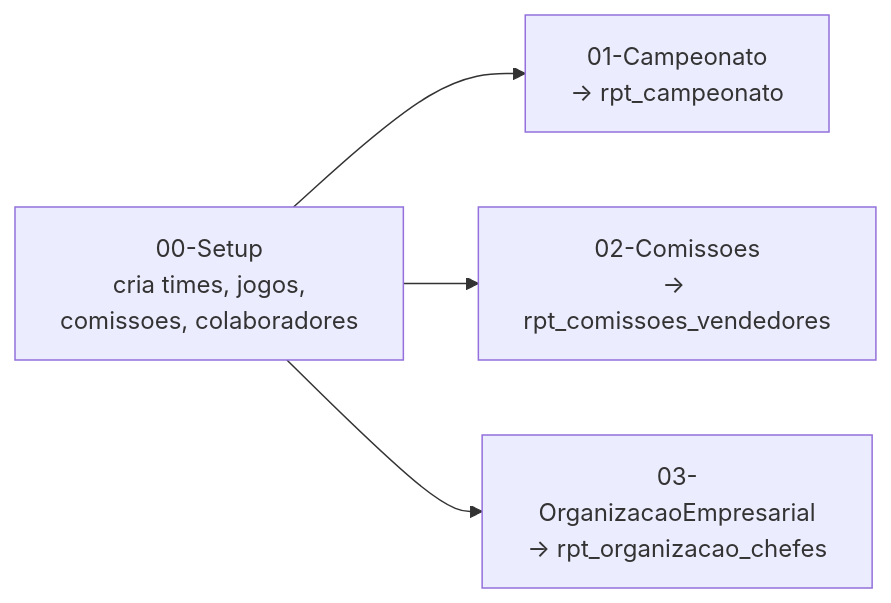
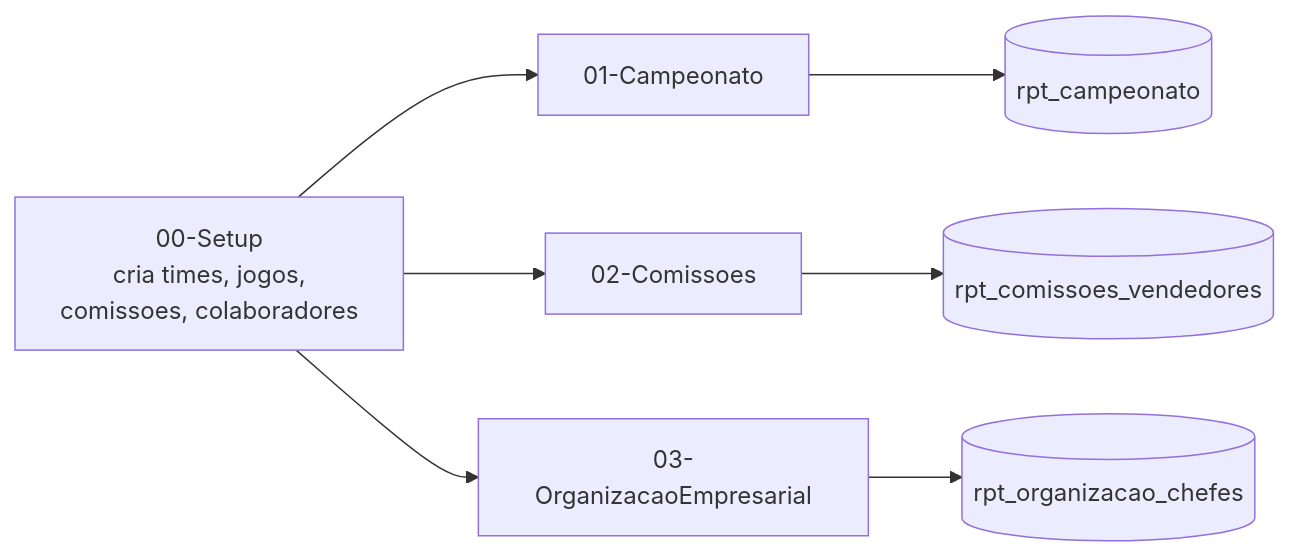
The first of 2 diagrams in README.md (techronnan/case_tire_and_wheel_shop_data_engineering_2026), drawn with Mermaid before and after one commit.

Commit message:
docs: remover seta de texto do node, usar edge real notebook -> tabela

````diff
--- a/README.md
+++ b/README.md
@@ -16,6 +16,9 @@
 ```mermaid
 flowchart LR
-    S[00-Setup<br/>cria times, jogos,<br/>comissoes, colaboradores] --> C1[01-Campeonato<br/>→ rpt_campeonato]
-    S --> C2[02-Comissoes<br/>→ rpt_comissoes_vendedores]
-    S --> C3[03-OrganizacaoEmpresarial<br/>→ rpt_organizacao_chefes]
+    S[00-Setup<br/>cria times, jogos,<br/>comissoes, colaboradores] --> C1[01-Campeonato]
+    S --> C2[02-Comissoes]
+    S --> C3[03-OrganizacaoEmpresarial]
+    C1 --> R1[(rpt_campeonato)]
+    C2 --> R2[(rpt_comissoes_vendedores)]
+    C3 --> R3[(rpt_organizacao_chefes)]
 ```
````
